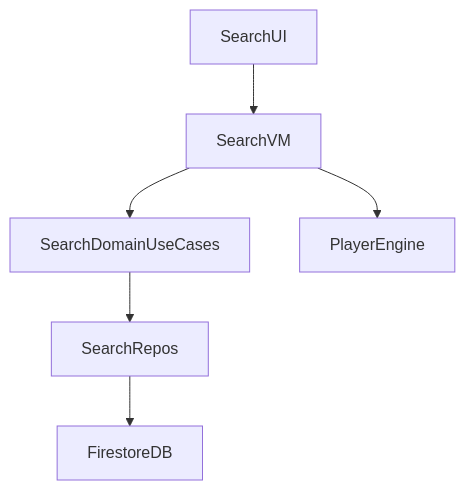
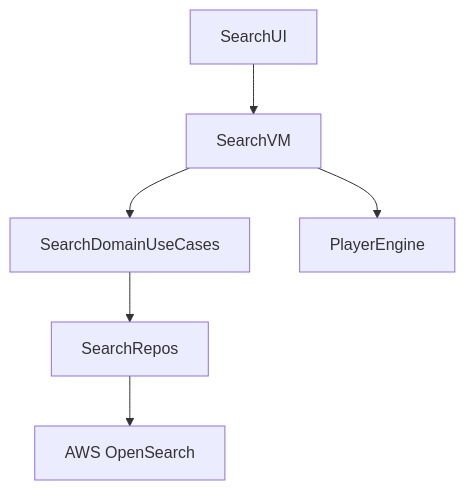
The fifth of 5 diagrams in docs/ARCHITECTURE.md (harrykibet/RealEstateApp-Android), drawn with Mermaid before and after one commit. The commit also changed other lines of this file and 7 other files, not shown here.

````diff
--- a/docs/ARCHITECTURE.md
+++ b/docs/ARCHITECTURE.md
@@ -69,6 +70,6 @@
 ```mermaid
 flowchart TD
     SearchUI --> SearchVM --> SearchDomainUseCases --> SearchRepos
-    SearchRepos --> FirestoreDB
+    SearchRepos --> OpenSearch[AWS OpenSearch]
     SearchVM --> PlayerEngine
 ```
````
